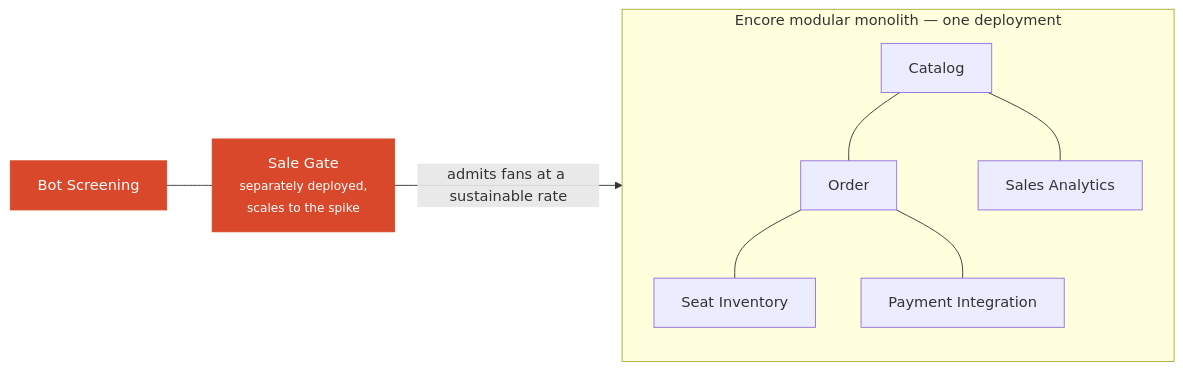
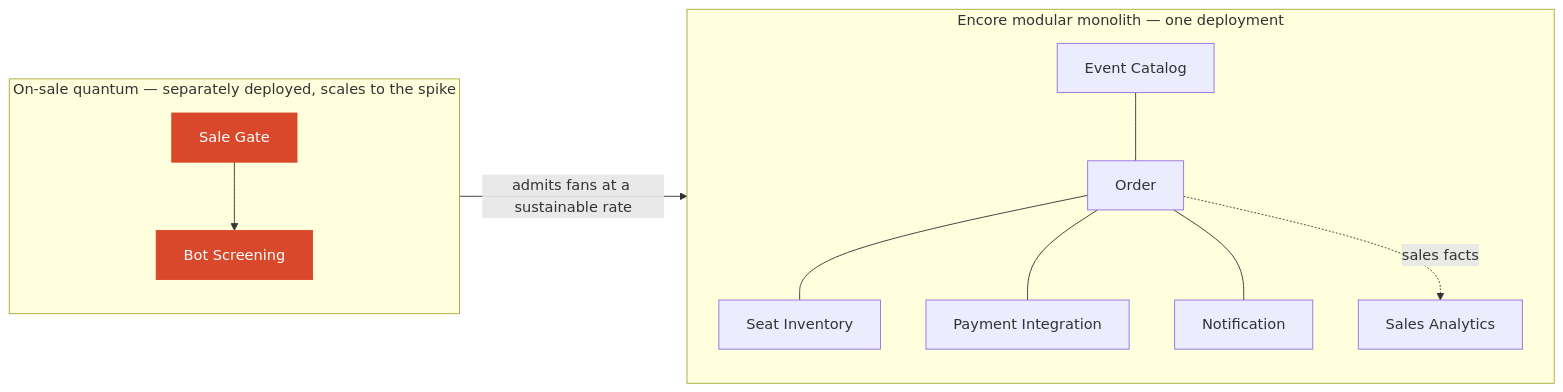
The seventh of 23 diagrams in README.md (oleksiyp/arch-book), drawn with Mermaid before and after one commit. The commit also changed other lines of this file, not shown here.

```diff
--- a/README.md
+++ b/README.md
@@ -519,13 +536,16 @@
 <pre class="mermaid">
 flowchart LR
     subgraph mono["Encore modular monolith — one deployment"]
-        cat[Catalog] --- ord[Order]
+        cat[Event Catalog] --- ord[Order]
         ord --- inv[Seat Inventory]
         ord --- pay[Payment Integration]
-        cat --- ana[Sales Analytics]
+        ord --- notif[Notification]
+        ord -. sales facts .-> ana[Sales Analytics]
     end
-    gate["Sale Gate<br/><small>separately deployed,<br/>scales to the spike</small>"] -- admits fans at a sustainable rate --> mono
-    bot["Bot Screening"] --- gate
+    subgraph onsale["On-sale quantum — separately deployed, scales to the spike"]
+        gate["Sale Gate"] --> bot["Bot Screening"]
+    end
+    onsale -- admits fans at a sustainable rate --> mono
     classDef hot fill:#d9482b,stroke:#d9482b,color:#fff
     class gate,bot hot
 </pre>
```
